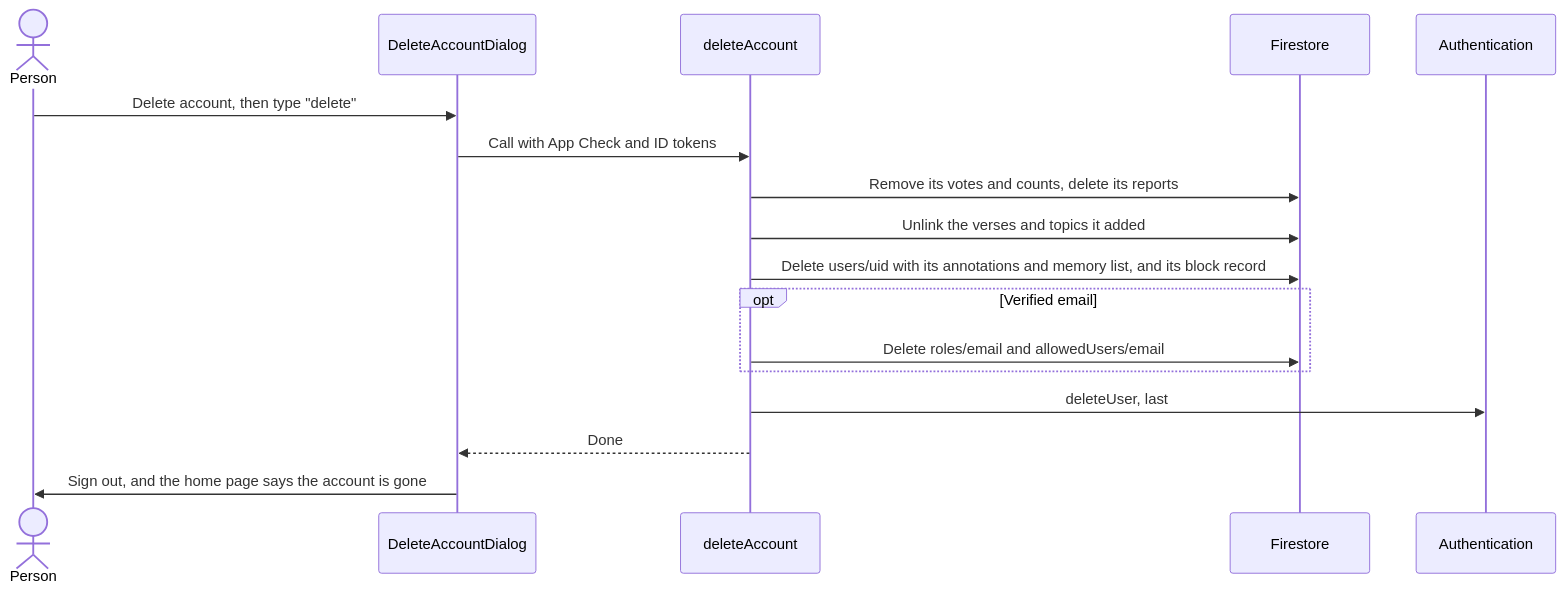
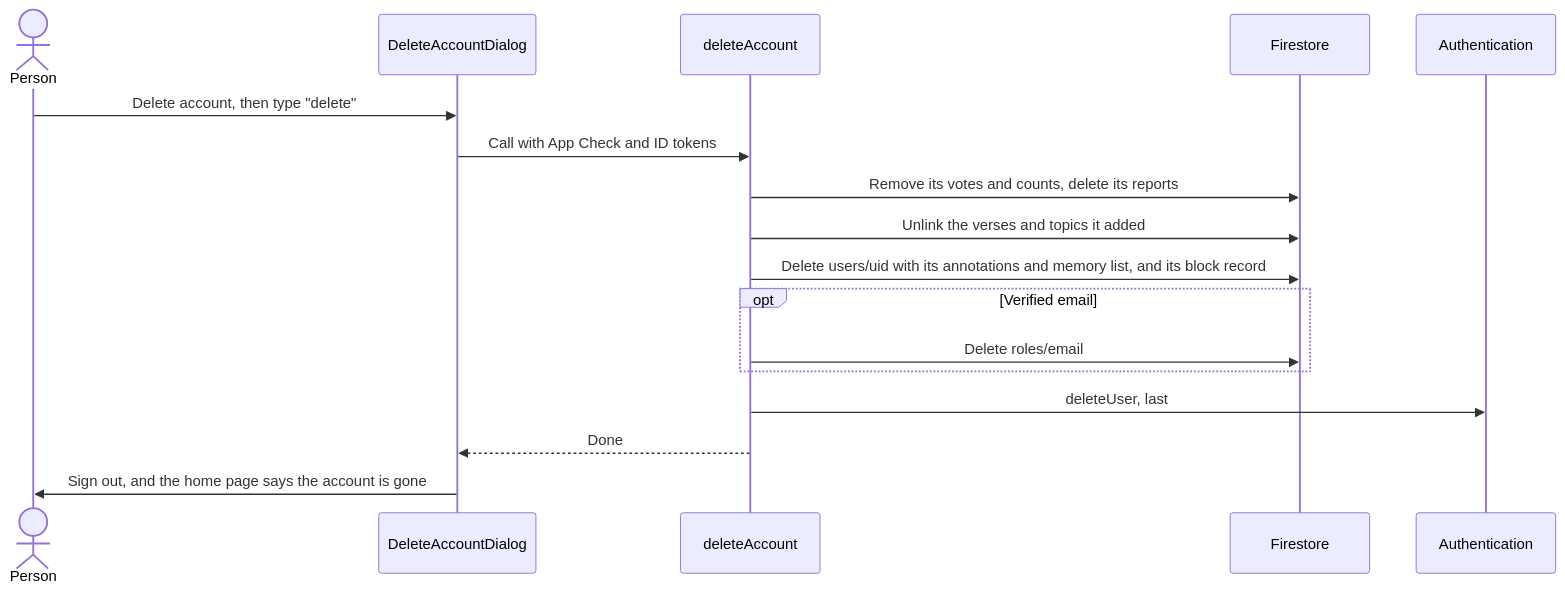
Diagram 22 of 24 in ARCHITECTURE.md (Valiance-Studios/bible-center), drawn with Mermaid before and after one commit. The commit also changed other lines of this file and 48 other files, not shown here.

````diff
--- a/ARCHITECTURE.md
+++ b/ARCHITECTURE.md
@@ -751,20 +747,20 @@
 ```mermaid
 sequenceDiagram
   actor Person
   participant Dialog as DeleteAccountDialog
   participant Fn as deleteAccount
   participant Firestore
   participant Auth as Authentication
 
   Person->>Dialog: Delete account, then type "delete"
   Dialog->>Fn: Call with App Check and ID tokens
   Fn->>Firestore: Remove its votes and counts, delete its reports
   Fn->>Firestore: Unlink the verses and topics it added
   Fn->>Firestore: Delete users/uid with its annotations and memory list, and its block record
   opt Verified email
-    Fn->>Firestore: Delete roles/email and allowedUsers/email
+    Fn->>Firestore: Delete roles/email
   end
   Fn->>Auth: deleteUser, last
   Fn-->>Dialog: Done
   Dialog->>Person: Sign out, and the home page says the account is gone
 ```
````
